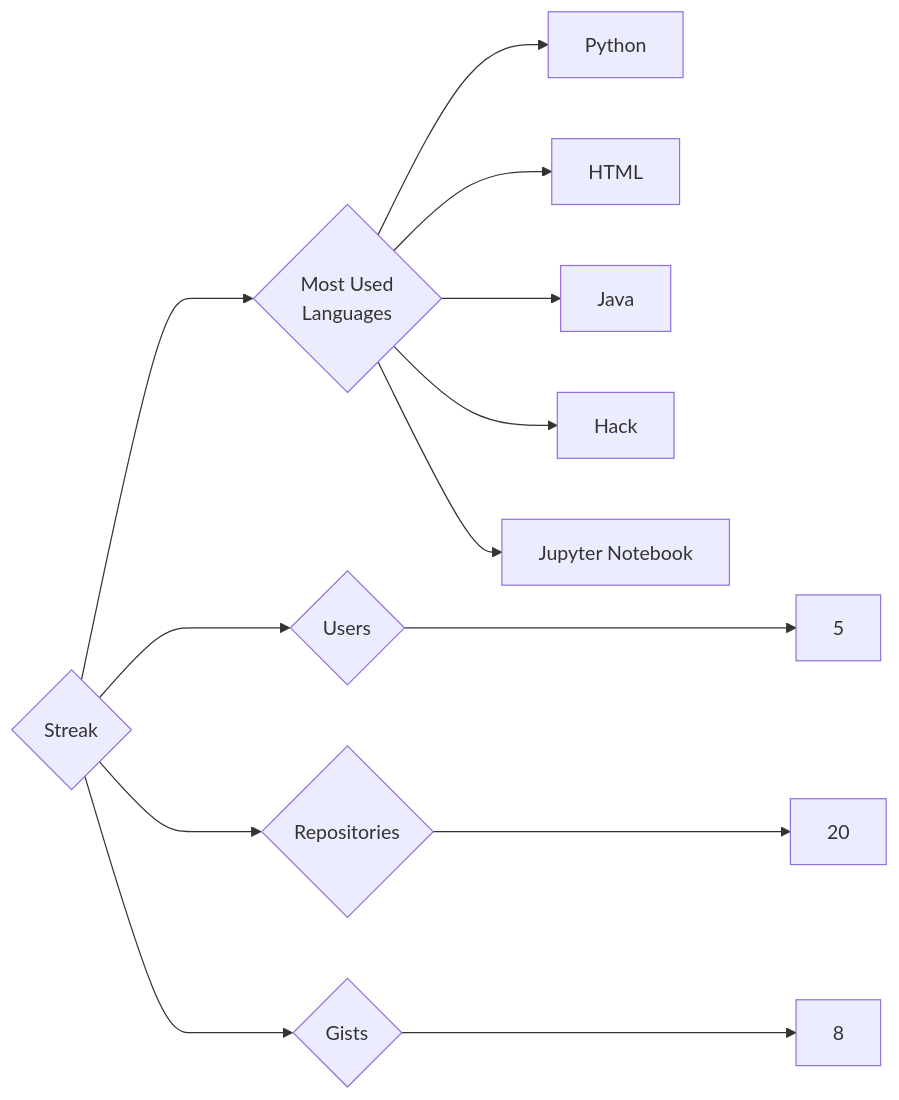
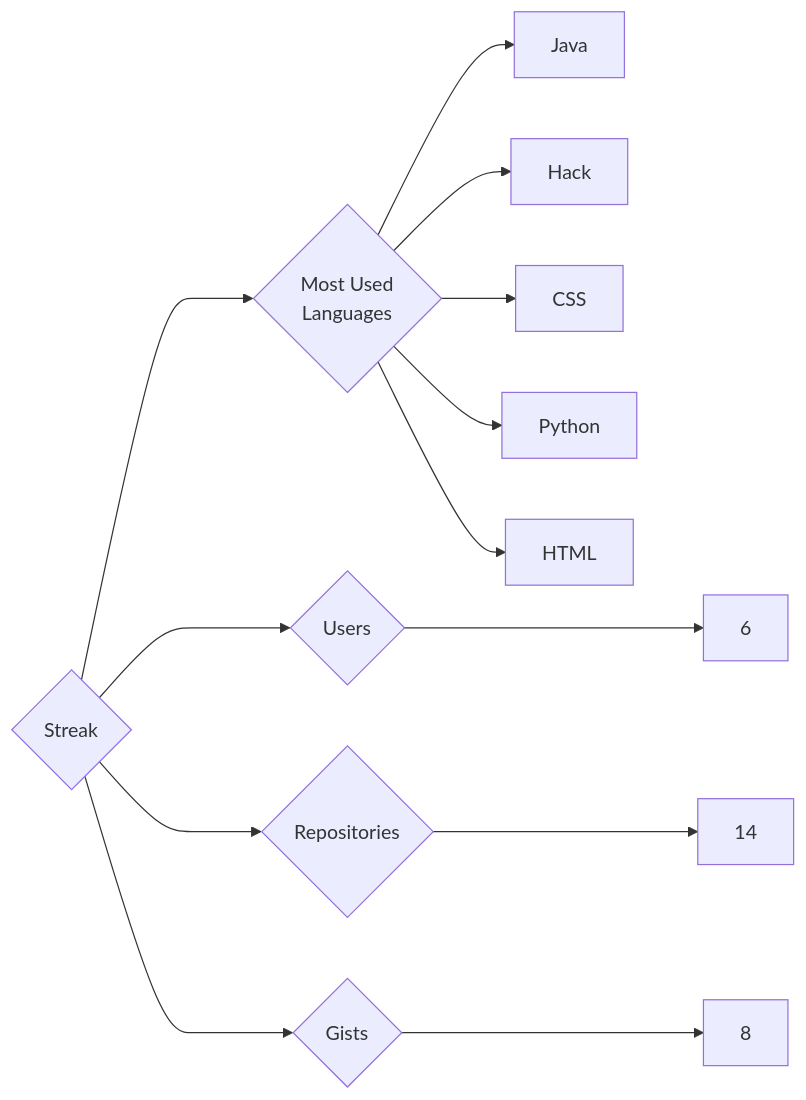
One commit to trickest/insiders changed the diagram in targets/Streak/README.md. Above: the diagram before and after it, drawn with Mermaid. The commit also changed 1496 other files, not shown here.

````diff
--- a/targets/Streak/README.md
+++ b/targets/Streak/README.md
@@ -3,13 +3,13 @@
 ```mermaid
 graph LR
 COMPANY_NAME{Streak}
-COMPANY_NAME ---> U{Users} ---> UN[5]
-COMPANY_NAME ---> R{Repositories} ---> RN[20]
+COMPANY_NAME ---> U{Users} ---> UN[6]
+COMPANY_NAME ---> R{Repositories} ---> RN[14]
 COMPANY_NAME ---> G{Gists} ---> GN[8]
 COMPANY_NAME ---> ML{Most Used<br>Languages}
+ML --> Java[Java]
+ML --> Hack[Hack]
+ML --> CSS[CSS]
 ML --> Python[Python]
 ML --> HTML[HTML]
-ML --> Java[Java]
-ML --> Hack[Hack]
-ML --> Jupyter_Notebook[Jupyter Notebook]
 ```
````
